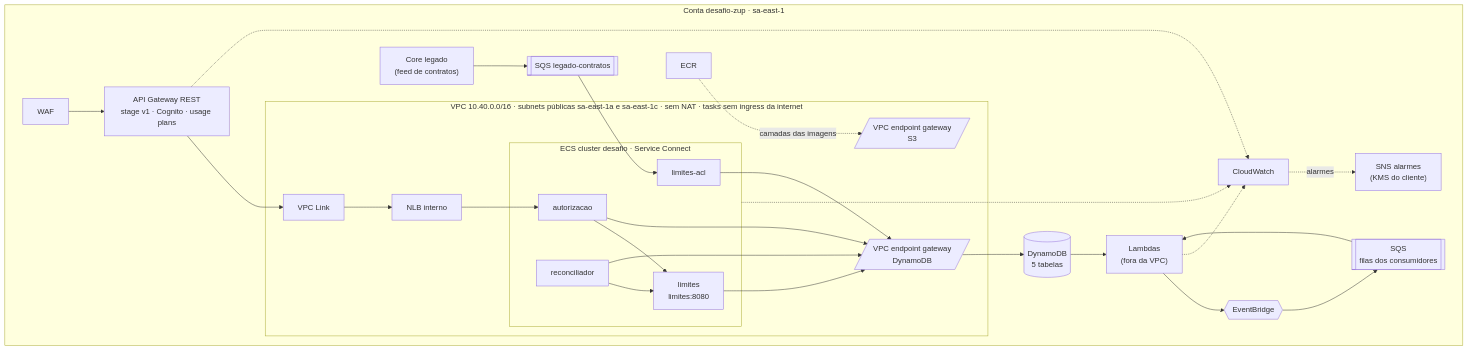
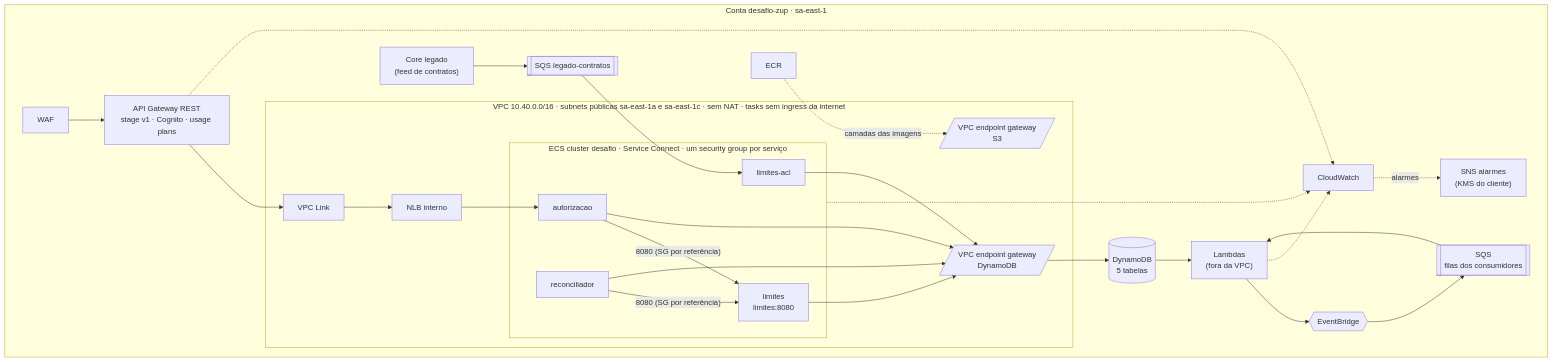
Before and after one commit to giovanedms/desafio-zup: the diagram in docs/arquitetura/diagramas/05-implantacao-aws.mmd, drawn with Mermaid. The commit also changed 9 other files, not shown here.

```diff
--- a/docs/arquitetura/diagramas/05-implantacao-aws.mmd
+++ b/docs/arquitetura/diagramas/05-implantacao-aws.mmd
@@ -1,44 +1,44 @@
 flowchart TB
   subgraph ACC["Conta desafio-zup · sa-east-1"]
     WAF[WAF] --> GW["API Gateway REST<br/>stage v1 · Cognito · usage plans"]
     subgraph VPC["VPC 10.40.0.0/16 · subnets públicas sa-east-1a e sa-east-1c · sem NAT · tasks sem ingress da internet"]
       VPCL[VPC Link] --> NLB[NLB interno]
-      subgraph ECS["ECS cluster desafio · Service Connect"]
+      subgraph ECS["ECS cluster desafio · Service Connect · um security group por serviço"]
         AUT[autorizacao]
         LIMS["limites<br/>limites:8080"]
         ACL[limites-acl]
         REC[reconciliador]
       end
       EPD[/"VPC endpoint gateway<br/>DynamoDB"/]
       EPS[/"VPC endpoint gateway<br/>S3"/]
     end
     GW --> VPCL
     NLB --> AUT
-    AUT --> LIMS
-    REC --> LIMS
+    AUT -- "8080 (SG por referência)" --> LIMS
+    REC -- "8080 (SG por referência)" --> LIMS
     DDB[("DynamoDB<br/>5 tabelas")]
     EB{{EventBridge}}
     SQS[["SQS<br/>filas dos consumidores"]]
     LEG[["SQS legado-contratos"]]
     CORE["Core legado<br/>(feed de contratos)"]
     SNS["SNS alarmes<br/>(KMS do cliente)"]
     LAM["Lambdas<br/>(fora da VPC)"]
     ECR[ECR]
     CW[CloudWatch]
     AUT --> EPD
     LIMS --> EPD
     ACL --> EPD
     REC --> EPD
     EPD --> DDB
     ECR -.->|camadas das imagens| EPS
     DDB --> LAM
     LAM --> EB
     EB --> SQS
     SQS --> LAM
     CORE --> LEG
     LEG --> ACL
     CW -. alarmes .-> SNS
     ECS -.-> CW
     LAM -.-> CW
     GW -.-> CW
   end
```
